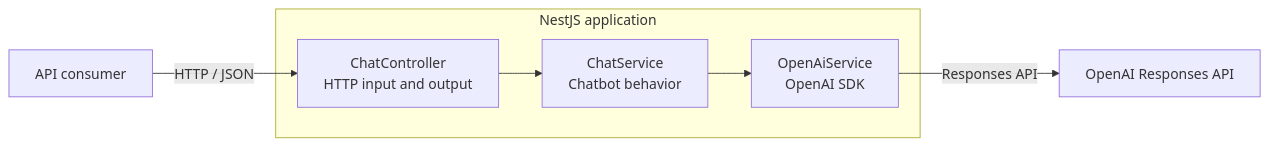
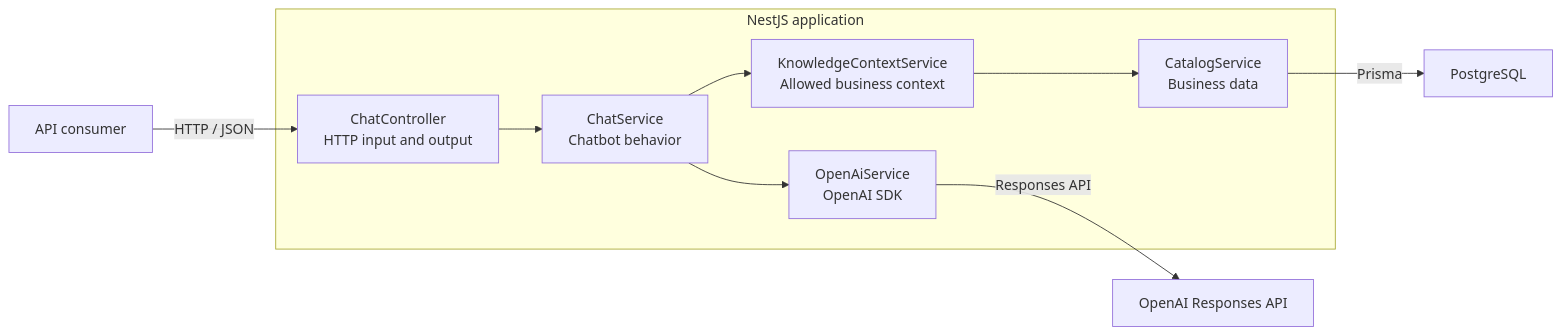
Before and after one commit to juanjosechiroque/nestjs-multichannel-ai-chatbot-engine: the diagram in ARCHITECTURE.md, drawn with Mermaid. The commit also changed other lines of this file and 8 other files, not shown here.

Commit message:
feat: responses with catalog context

````diff
--- a/ARCHITECTURE.md
+++ b/ARCHITECTURE.md
@@ -14,17 +16,22 @@
 ```mermaid
 flowchart LR
     client["API consumer"]
 
     subgraph app["NestJS application"]
         controller["ChatController<br/>HTTP input and output"]
         chat["ChatService<br/>Chatbot behavior"]
+        knowledge["KnowledgeContextService<br/>Allowed business context"]
+        catalog["CatalogService<br/>Business data"]
         provider["OpenAiService<br/>OpenAI SDK"]
 
         controller --> chat --> provider
+        chat --> knowledge --> catalog
     end
 
     openai["OpenAI Responses API"]
+    postgres["PostgreSQL"]
 
     client -->|"HTTP / JSON"| controller
     provider -->|"Responses API"| openai
+    catalog -->|"Prisma"| postgres
 ```
````
